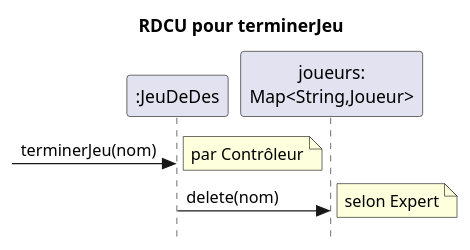
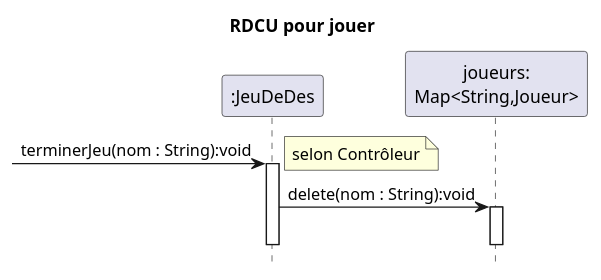
Before and after one commit to cc-probitaille/log210-lab01-template: the diagram in docs/modeles/rdcu-terminerJeu.puml, drawn with PlantUML. The commit also changed 17 other files, not shown here.

```diff
--- a/docs/modeles/rdcu-terminerJeu.puml
+++ b/docs/modeles/rdcu-terminerJeu.puml
@@ -1,11 +1,21 @@
 @startuml
-skinparam style strictuml
-skinparam defaultfontname Verdana
-title RDCU pour terminerJeu
-participant ":JeuDeDes" as c
-participant "joueurs:\nMap<String,Joueur>" as jm
-->c : terminerJeu(nom)
-note right : par Contrôleur
-c->jm : delete(nom)
-note right : selon Expert
+hide footbox
+
+title RDCU pour jouer
+
+participant ":JeuDeDes" as J
+participant "joueurs:\nMap<String,Joueur>" as M
+
+-> J : terminerJeu(nom : String):void
+activate J
+
+note right
+  selon Contrôleur
+end note
+
+J -> M : delete(nom : String):void
+activate M
+deactivate M
+
+deactivate J
 @enduml
```
